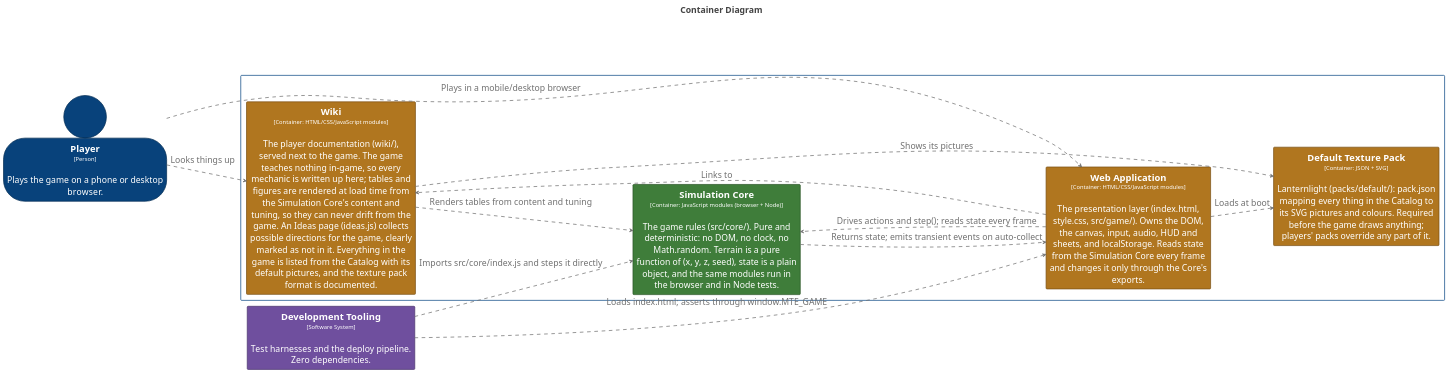
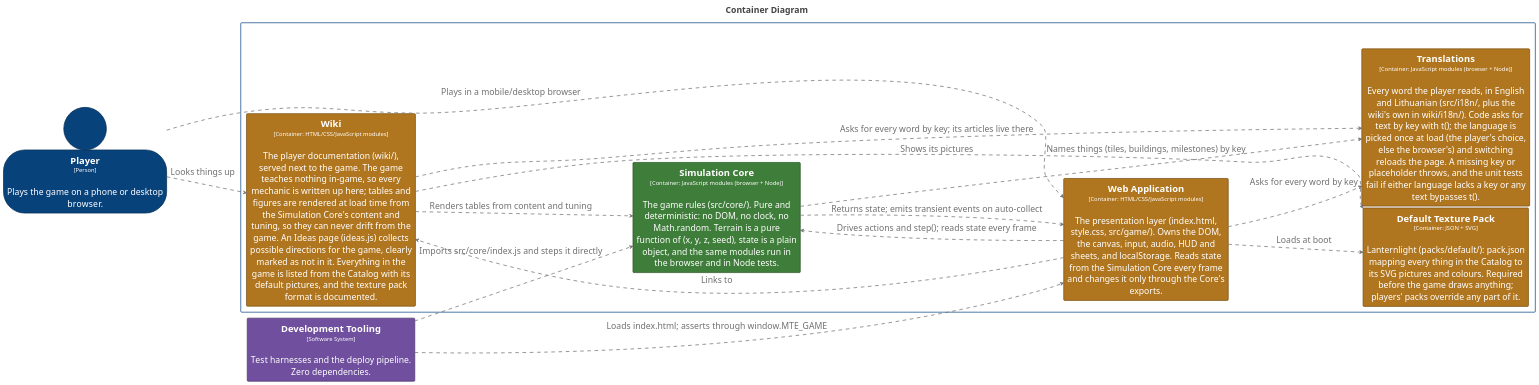
One commit to bitkojine/more-than-enough changed the diagram in structurizr/diagrams/Containers.puml. Above: the diagram before and after it, drawn with PlantUML. The commit also changed 44 other files, not shown here.

First line of the commit message:
v0.46.0: the whole game and wiki in English and Lithuanian

```diff
--- a/structurizr/diagrams/Containers.puml
+++ b/structurizr/diagrams/Containers.puml
@@ -2,106 +2,110 @@
 @startuml
 title <size:24>Container Diagram</size>
 
 set separator none
 left to right direction
 skinparam ranksep 20
 skinparam nodesep 5
 hide stereotype
 
 <style>
   root {
     BackgroundColor: #ffffff;
     FontColor: #444444;
   }
   // Element,Container,Core Engine
   .Element-RWxlbWVudCxDb250YWluZXIsQ29yZSBFbmdpbmU= {
     BackgroundColor: #3f7d3a;
     LineColor: #2c5728;
     LineStyle: 0;
     LineThickness: 2;
     FontColor: #ffffff;
     FontSize: 24;
     HorizontalAlignment: center;
     Shadowing: 0;
     MaximumWidth: 450;
   }
   // Element,Container,Presentation
   .Element-RWxlbWVudCxDb250YWluZXIsUHJlc2VudGF0aW9u {
     BackgroundColor: #b0761f;
     LineColor: #7b5215;
     LineStyle: 0;
     LineThickness: 2;
     FontColor: #ffffff;
     FontSize: 24;
     HorizontalAlignment: center;
     Shadowing: 0;
     MaximumWidth: 450;
   }
   // Element,Person
   .Element-RWxlbWVudCxQZXJzb24= {
     BackgroundColor: #08427b;
     LineColor: #052e56;
     LineStyle: 0;
     LineThickness: 2;
     FontColor: #ffffff;
     FontSize: 24;
     HorizontalAlignment: center;
     Shadowing: 0;
     MaximumWidth: 450;
   }
   // Element,Software System,Tooling
   .Element-RWxlbWVudCxTb2Z0d2FyZSBTeXN0ZW0sVG9vbGluZw== {
     BackgroundColor: #6f4f9e;
     LineColor: #4d376e;
     LineStyle: 0;
     LineThickness: 2;
     FontColor: #ffffff;
     FontSize: 24;
     HorizontalAlignment: center;
     Shadowing: 0;
     MaximumWidth: 450;
   }
   // Relationship
   .Relationship-UmVsYXRpb25zaGlw {
     LineThickness: 2;
     LineStyle: 10-10;
     LineColor: #707070;
     FontColor: #707070;
     FontSize: 24;
     MaximumWidth: 200;
   }
   // MORE THAN ENOUGH
   .Boundary-TU9SRSBUSEFOIEVOT1VHSA== {
     BackgroundColor: #ffffff;
     LineColor: #0b4884;
     LineStyle: 0;
     LineThickness: 2;
     FontColor: #ffffff;
     FontSize: 24;
     HorizontalAlignment: center;
     Shadowing: 0;
   }
 </style>
 
 person "==Player\n<size:16>[Person]</size>\n\nPlays the game on a phone or desktop browser." <<Element-RWxlbWVudCxQZXJzb24=>> as Player
 rectangle "==Development Tooling\n<size:16>[Software System]</size>\n\nTest harnesses and the deploy pipeline. Zero dependencies." <<Element-RWxlbWVudCxTb2Z0d2FyZSBTeXN0ZW0sVG9vbGluZw==>> as DevelopmentTooling
 
 rectangle "MORE THAN ENOUGH\n<size:16>[Software System]</size>" <<Boundary-TU9SRSBUSEFOIEVOT1VHSA==>> {
   rectangle "==Default Texture Pack\n<size:16>[Container: JSON + SVG]</size>\n\nLanternlight (packs/default/): pack.json mapping every thing in the Catalog to its SVG pictures and colours. Required before the game draws anything; players' packs override any part of it." <<Element-RWxlbWVudCxDb250YWluZXIsUHJlc2VudGF0aW9u>> as MORETHANENOUGH.DefaultTexturePack
   rectangle "==Wiki\n<size:16>[Container: HTML/CSS/JavaScript modules]</size>\n\nThe player documentation (wiki/), served next to the game. The game teaches nothing in-game, so every mechanic is written up here; tables and figures are rendered at load time from the Simulation Core's content and tuning, so they can never drift from the game. An Ideas page (ideas.js) collects possible directions for the game, clearly marked as not in it. Everything in the game is listed from the Catalog with its default pictures, and the texture pack format is documented." <<Element-RWxlbWVudCxDb250YWluZXIsUHJlc2VudGF0aW9u>> as MORETHANENOUGH.Wiki
+  rectangle "==Translations\n<size:16>[Container: JavaScript modules (browser + Node)]</size>\n\nEvery word the player reads, in English and Lithuanian (src/i18n/, plus the wiki's own in wiki/i18n/). Code asks for text by key with t(); the language is picked once at load (the player's choice, else the browser's) and switching reloads the page. A missing key or placeholder throws, and the unit tests fail if either language lacks a key or any text bypasses t()." <<Element-RWxlbWVudCxDb250YWluZXIsUHJlc2VudGF0aW9u>> as MORETHANENOUGH.Translations
   rectangle "==Simulation Core\n<size:16>[Container: JavaScript modules (browser + Node)]</size>\n\nThe game rules (src/core/). Pure and deterministic: no DOM, no clock, no Math.random. Terrain is a pure function of (x, y, z, seed), state is a plain object, and the same modules run in the browser and in Node tests." <<Element-RWxlbWVudCxDb250YWluZXIsQ29yZSBFbmdpbmU=>> as MORETHANENOUGH.SimulationCore
   rectangle "==Web Application\n<size:16>[Container: HTML/CSS/JavaScript modules]</size>\n\nThe presentation layer (index.html, style.css, src/game/). Owns the DOM, the canvas, input, audio, HUD and sheets, and localStorage. Reads state from the Simulation Core every frame and changes it only through the Core's exports." <<Element-RWxlbWVudCxDb250YWluZXIsUHJlc2VudGF0aW9u>> as MORETHANENOUGH.WebApplication
 }
 
 Player --> MORETHANENOUGH.WebApplication <<Relationship-UmVsYXRpb25zaGlw>> : "Plays in a mobile/desktop browser"
 Player --> MORETHANENOUGH.Wiki <<Relationship-UmVsYXRpb25zaGlw>> : "Looks things up"
 MORETHANENOUGH.WebApplication --> MORETHANENOUGH.Wiki <<Relationship-UmVsYXRpb25zaGlw>> : "Links to"
 MORETHANENOUGH.Wiki --> MORETHANENOUGH.SimulationCore <<Relationship-UmVsYXRpb25zaGlw>> : "Renders tables from content and tuning"
+MORETHANENOUGH.WebApplication --> MORETHANENOUGH.Translations <<Relationship-UmVsYXRpb25zaGlw>> : "Asks for every word by key"
+MORETHANENOUGH.SimulationCore --> MORETHANENOUGH.Translations <<Relationship-UmVsYXRpb25zaGlw>> : "Names things (tiles, buildings, milestones) by key"
+MORETHANENOUGH.Wiki --> MORETHANENOUGH.Translations <<Relationship-UmVsYXRpb25zaGlw>> : "Asks for every word by key; its articles live there"
 MORETHANENOUGH.WebApplication --> MORETHANENOUGH.SimulationCore <<Relationship-UmVsYXRpb25zaGlw>> : "Drives actions and step(); reads state every frame"
 MORETHANENOUGH.SimulationCore --> MORETHANENOUGH.WebApplication <<Relationship-UmVsYXRpb25zaGlw>> : "Returns state; emits transient events on auto-collect"
 DevelopmentTooling --> MORETHANENOUGH.SimulationCore <<Relationship-UmVsYXRpb25zaGlw>> : "Imports src/core/index.js and steps it directly"
 DevelopmentTooling --> MORETHANENOUGH.WebApplication <<Relationship-UmVsYXRpb25zaGlw>> : "Loads index.html; asserts through window.MTE_GAME"
 MORETHANENOUGH.WebApplication --> MORETHANENOUGH.DefaultTexturePack <<Relationship-UmVsYXRpb25zaGlw>> : "Loads at boot"
 MORETHANENOUGH.Wiki --> MORETHANENOUGH.DefaultTexturePack <<Relationship-UmVsYXRpb25zaGlw>> : "Shows its pictures"
 
 @enduml
```
